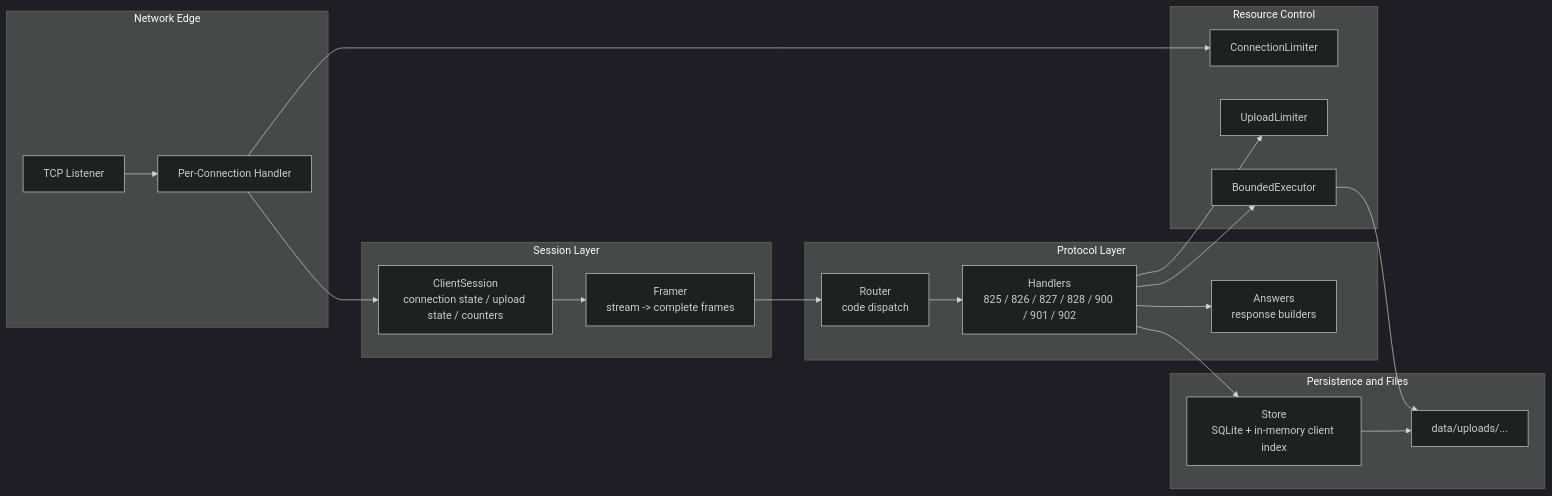
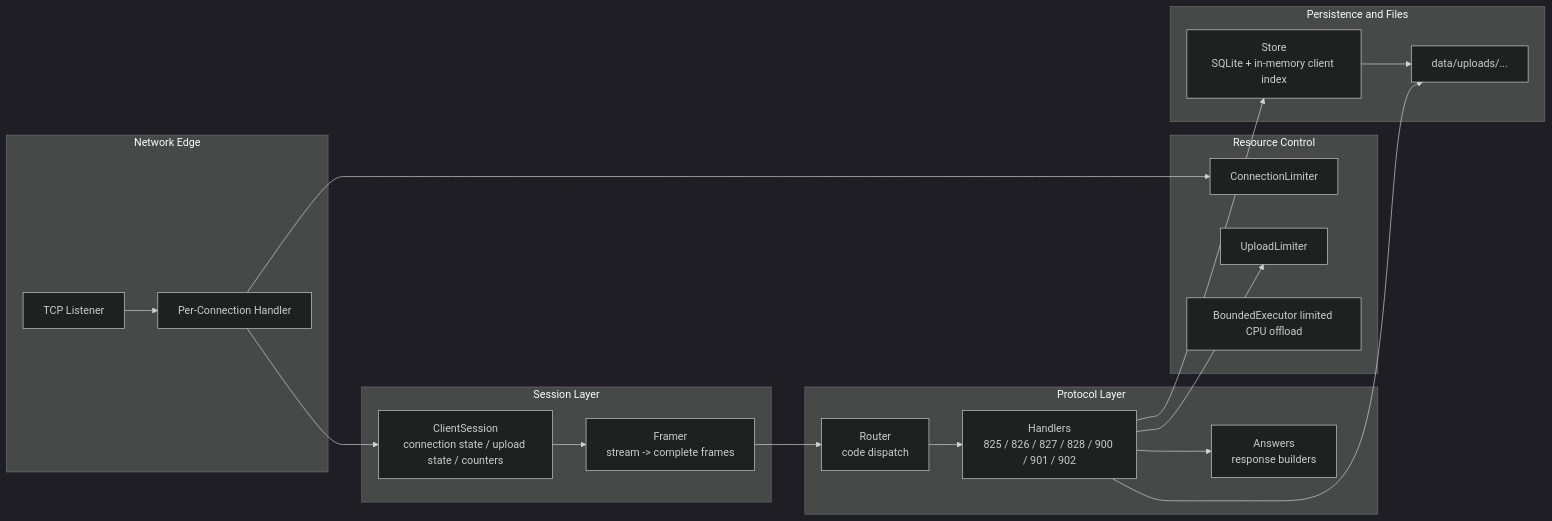
One commit to guy2610/Portfolio changed the diagram in Secure-Encrypted-File-Transfer-Protocol/docs/architecture/server_design.md. Above: the diagram before and after it, drawn with Mermaid (dark theme). The commit also changed other lines of this file and 7 other files, not shown here.

````diff
--- a/Secure-Encrypted-File-Transfer-Protocol/docs/architecture/server_design.md
+++ b/Secure-Encrypted-File-Transfer-Protocol/docs/architecture/server_design.md
@@ -48,50 +53,49 @@
 ```mermaid
 flowchart LR
     subgraph Net["Network Edge"]
         SOCK["TCP Listener"]
         CONN["Per-Connection Handler"]
     end
 
     subgraph Session["Session Layer"]
         SESS["ClientSession
 connection state / upload state / counters"]
         FRAMER["Framer
 stream -> complete frames"]
     end
 
     subgraph Protocol["Protocol Layer"]
         ROUTER["Router
 code dispatch"]
         ANSWERS["Answers
 response builders"]
         HANDLERS["Handlers
 825 / 826 / 827 / 828 / 900 / 901 / 902"]
     end
 
     subgraph Control["Resource Control"]
         CLIM["ConnectionLimiter"]
         ULIM["UploadLimiter"]
-        BEXEC["BoundedExecutor"]
+        BEXEC["BoundedExecutor limited CPU offload"]
     end
 
     subgraph Storage["Persistence and Files"]
         STORE["Store
 SQLite + in-memory client index"]
         UPFILES["data/uploads/..."]
     end
 
     SOCK --> CONN
     CONN --> SESS
     SESS --> FRAMER
     FRAMER --> ROUTER
     ROUTER --> HANDLERS
     HANDLERS --> ANSWERS
 
     CONN --> CLIM
     HANDLERS --> ULIM
-    HANDLERS --> BEXEC
+    HANDLERS --> UPFILES
 
     HANDLERS --> STORE
-    BEXEC --> UPFILES
     STORE --> UPFILES
 ```
````
